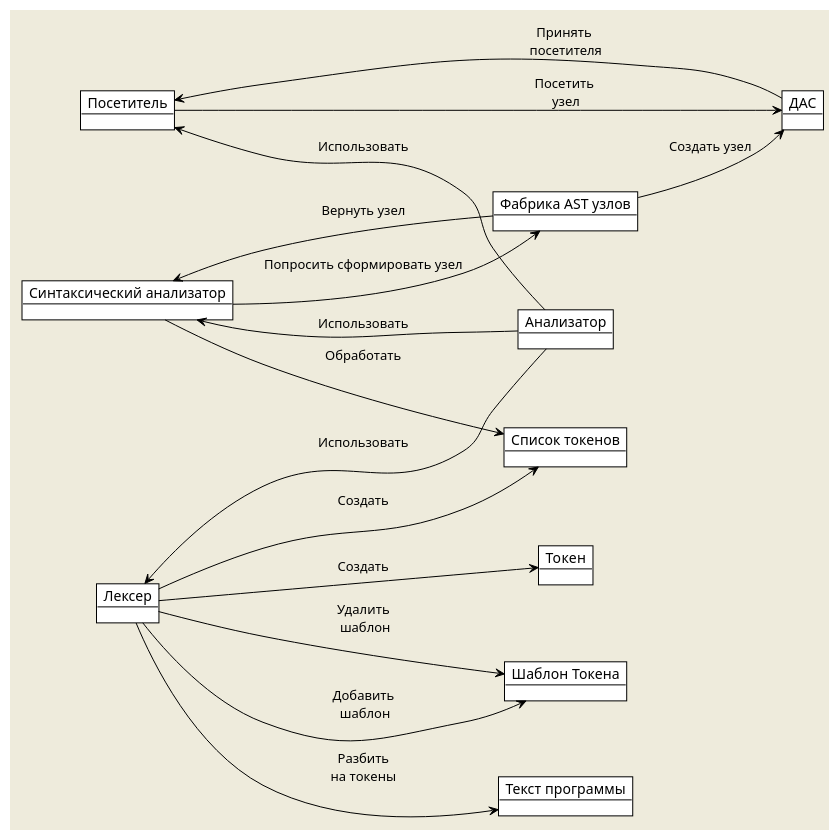
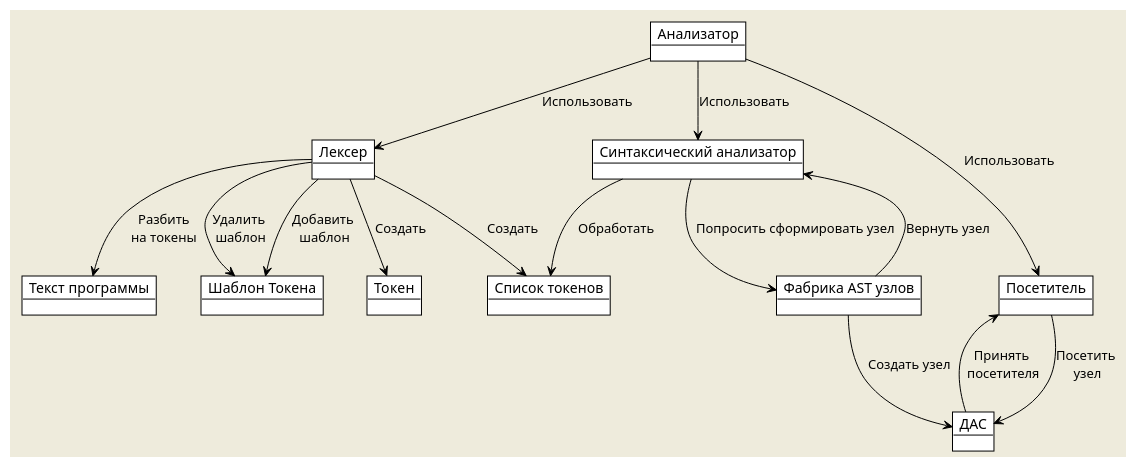
Before and after one commit to DanArmor/micro-Pascal: the diagram in schemes/scheme.md, drawn with PlantUML. The commit also changed other lines of this file and 5 other files, not shown here.

````diff
--- a/schemes/scheme.md
+++ b/schemes/scheme.md
@@ -4,39 +1,39 @@
 ```plantuml
 @startuml
     !theme plain
     skinparam backgroundColor #EEEBDC
     skinparam handwritten false
     skinparam arrowFontColor black
-    left to right direction
+    'left to right direction
 
     object "Лексер" as Lexer
     object "Текст программы" as Text
     object "Синтаксический анализатор" as Syntax
     object "Анализатор" as Analyzer
     object "Список токенов" as List
     object "ДАС" as AST
     object "Посетитель" as Visitor
 
     object "Токен" as Token
     object "Шаблон Токена" as TokenTemp
 
     object "Фабрика AST узлов" as ASTFactory
 
     Lexer --> TokenTemp : "Добавить\n шаблон"
     Lexer --> TokenTemp : "Удалить\n шаблон"
     Lexer --> Text : "Разбить\nна токены"
     Lexer --> List : "Создать"
     Lexer --> Token : "Создать"
 
     Syntax --> List : "Обработать"
     Syntax --> ASTFactory : "Попросить сформировать узел"
     ASTFactory --> AST : "Создать узел"
     ASTFactory --> Syntax : "Вернуть узел"
 
     Visitor --> AST : "Посетить \nузел"
     Visitor <-- AST : "Принять \nпосетителя"
-    Lexer <-- Analyzer : "Использовать"
-    Syntax <-- Analyzer : "Использовать"
-    Visitor <-- Analyzer : "Использовать"
+    Lexer <-UP- Analyzer : "Использовать"
+    Syntax <-UP- Analyzer : "Использовать"
+    Visitor <-UP- Analyzer : "Использовать"
 @enduml
 ```
````
